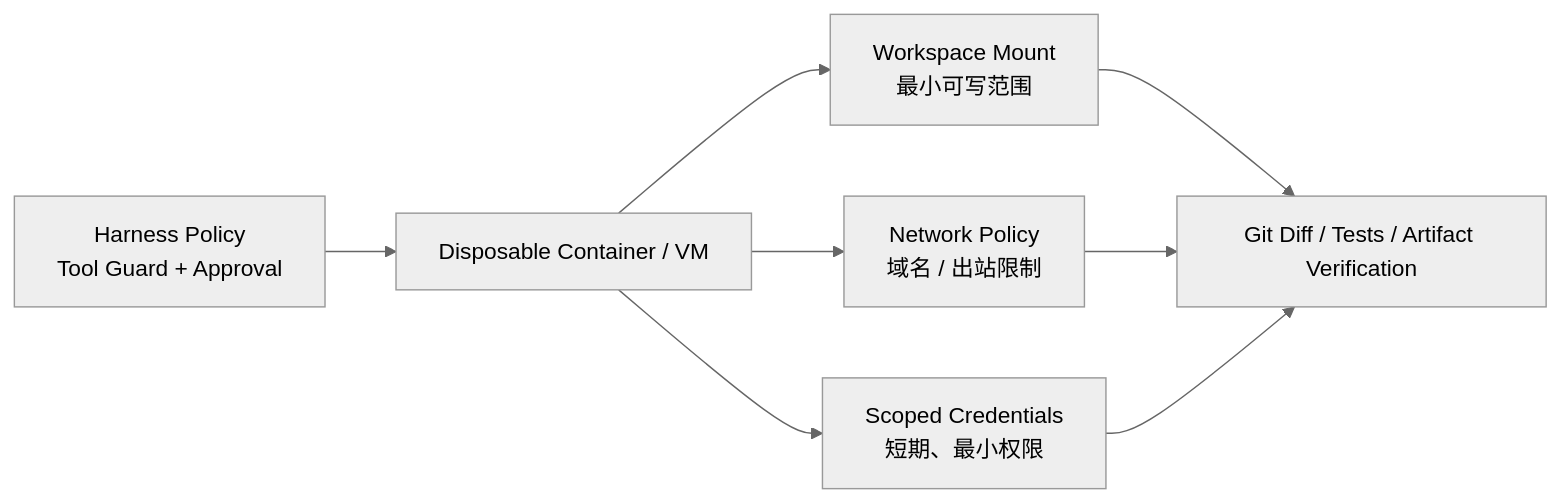
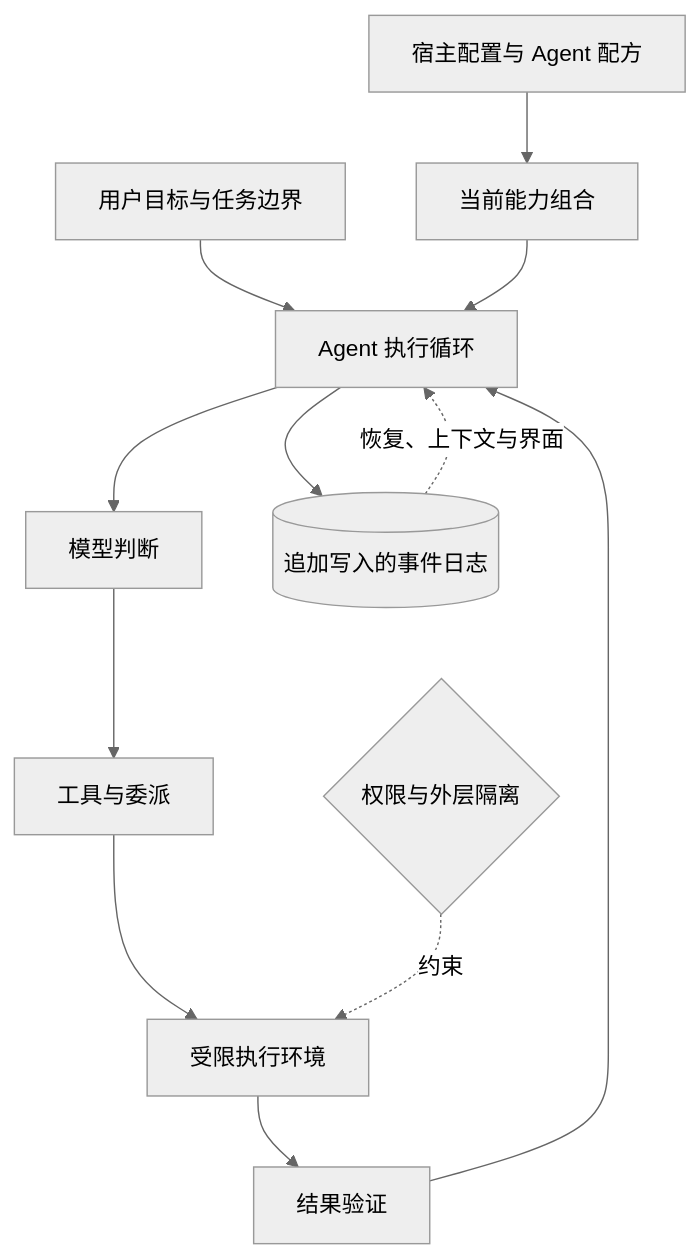
One commit to MarkingYang/aidea-lab changed the diagram in src/content/writing/deepseek-harness-architecture.md. Above: the diagram before and after it, drawn with Mermaid (neutral theme). The commit also changed other lines of this file and 59 other files, not shown here.

````diff
--- a/src/content/writing/deepseek-harness-architecture.md
+++ b/src/content/writing/deepseek-harness-architecture.md
@@ -384,10 +32,14 @@
 ```mermaid
-flowchart LR
-  H[Harness Policy<br/>Tool Guard + Approval] --> C[Disposable Container / VM]
-  C --> W[Workspace Mount<br/>最小可写范围]
-  C --> N[Network Policy<br/>域名 / 出站限制]
-  C --> K[Scoped Credentials<br/>短期、最小权限]
-  W --> V[Git Diff / Tests / Artifact Verification]
-  N --> V
-  K --> V
+flowchart TB
+  U[用户目标与任务边界] --> A[Agent 执行循环]
+  P[宿主配置与 Agent 配方] --> C[当前能力组合]
+  C --> A
+  A --> M[模型判断]
+  M --> T[工具与委派]
+  T --> E[受限执行环境]
+  E --> V[结果验证]
+  V --> A
+  A --> L[(追加写入的事件日志)]
+  L -. 恢复、上下文与界面 .-> A
+  G{权限与外层隔离} -. 约束 .-> E
 ```
````
